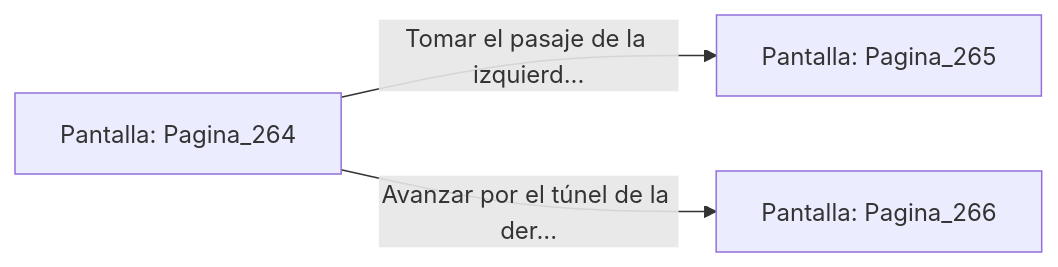
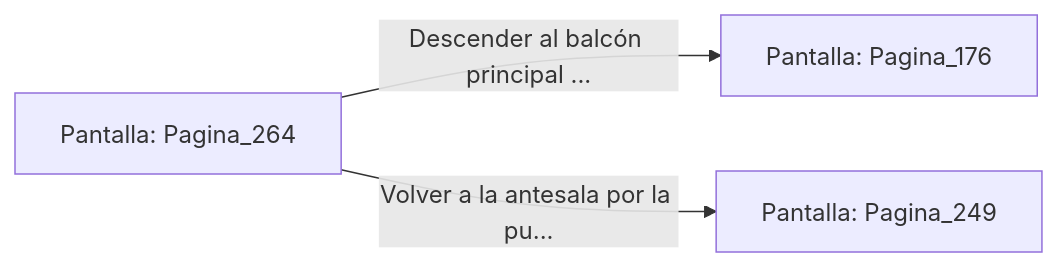
The diagram in sample/eligejuego-vault/Pantalla_Pagina_264.md (metsuke/mpl), drawn with Mermaid before and after one commit. The commit also changed other lines of this file and 635 other files, not shown here.

First line of the commit message:
fix: añadir Pagina_1 como pantalla inicial en capitulo_01.mpl

````diff
--- a/sample/eligejuego-vault/Pantalla_Pagina_264.md
+++ b/sample/eligejuego-vault/Pantalla_Pagina_264.md
@@ -20,6 +22,6 @@
 ```mermaid
 graph LR
     P_Pagina_264["Pantalla: Pagina_264"]
-    P_Pagina_264 -->|"Tomar el pasaje de la izquierd..."| P_Pagina_265["Pantalla: Pagina_265"]
-    P_Pagina_264 -->|"Avanzar por el túnel de la der..."| P_Pagina_266["Pantalla: Pagina_266"]
+    P_Pagina_264 -->|"Descender al balcón principal ..."| P_Pagina_176["Pantalla: Pagina_176"]
+    P_Pagina_264 -->|"Volver a la antesala por la pu..."| P_Pagina_249["Pantalla: Pagina_249"]
 ```
````
